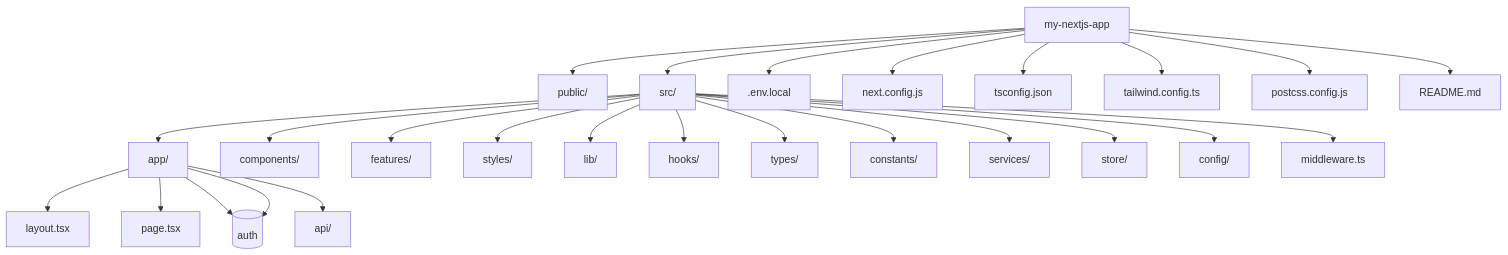
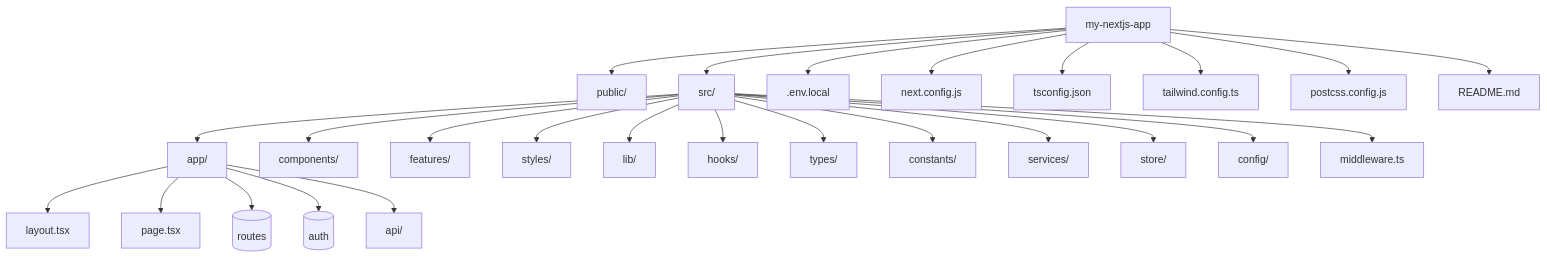
Before and after one commit to imfemill/start-nextion: the diagram in README.md, drawn with Mermaid.

````diff
--- a/README.md
+++ b/README.md
@@ -3,30 +3,30 @@
 ```mermaid
 graph TD
     A[my-nextjs-app] --> B[public/]
     A --> C[src/]
     A --> D[.env.local]
     A --> E[next.config.js]
     A --> F[tsconfig.json]
     A --> G[tailwind.config.ts]
     A --> H[postcss.config.js]
     A --> I[README.md]
     
     C --> C1[app/]
     C1 --> C1a[layout.tsx]
     C1 --> C1b[page.tsx]
     C1 --> C1c[(routes)]
-    C1 --> C1c[(auth)]
-    C1 --> C1d[api/]
+    C1 --> C1d[(auth)]
+    C1 --> C1e[api/]
     
     C --> C2[components/]
     C --> C3[features/]
     C --> C4[styles/]
     C --> C5[lib/]
     C --> C6[hooks/]
     C --> C7[types/]
     C --> C8[constants/]
     C --> C9[services/]
     C --> C10[store/]
     C --> C11[config/]
     C --> C12[middleware.ts]
 ```
````
